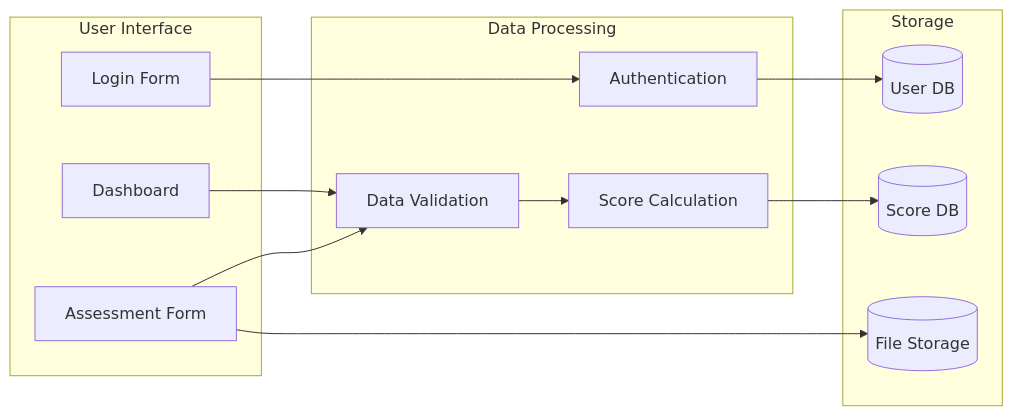
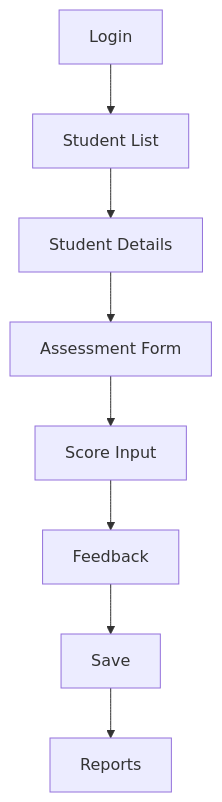
The seventh of 11 diagrams in SRS.md (srisrihari/pep-score-nexus), drawn with Mermaid before and after one commit. The commit also changed other lines of this file, not shown here.

````diff
--- a/SRS.md
+++ b/SRS.md
@@ -1023,28 +1449,10 @@
 ```mermaid
-graph LR
-    subgraph User Interface
-        Login[Login Form]
-        Dashboard[Dashboard]
-        Assessment[Assessment Form]
-    end
-
-    subgraph Data Processing
-        Auth[Authentication]
-        Validation[Data Validation]
-        Scoring[Score Calculation]
-    end
-
-    subgraph Storage
-        UserDB[(User DB)]
-        ScoreDB[(Score DB)]
-        FileStorage[(File Storage)]
-    end
-
-    Login --> Auth
-    Auth --> UserDB
-    Dashboard --> Validation
-    Assessment --> Validation
-    Validation --> Scoring
-    Scoring --> ScoreDB
-    Assessment --> FileStorage
+graph TD
+    A[Login] --> B[Student List]
+    B --> C[Student Details]
+    C --> D[Assessment Form]
+    D --> E[Score Input]
+    E --> F[Feedback]
+    F --> G[Save]
+    G --> H[Reports]
 ```
````
